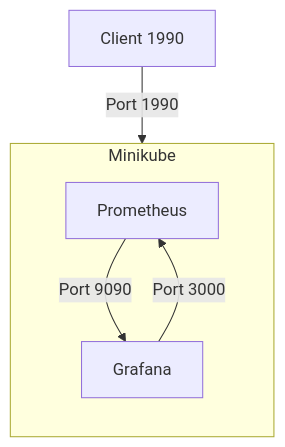
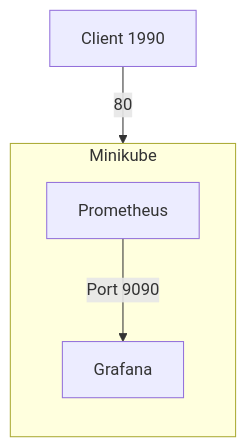
One commit to rifaterdemsahin/PrometheusAsDataSource changed the diagram in 31_symbolicmap.md. Above: the diagram before and after it, drawn with Mermaid.

````diff
--- a/31_symbolicmap.md
+++ b/31_symbolicmap.md
@@ -4,12 +4,11 @@
 ```mermaid
 graph TD
     subgraph Minikube
         direction TB
         Prometheus[Prometheus]
         Grafana[Grafana]
     end
 
     Prometheus -->|Port 9090| Grafana
-    Grafana -->|Port 3000| Prometheus
-    Client1990[Client 1990] -->|Port 1990| Grafana
+    Client[Client 1990] -->|80| Grafana
 ```
````
